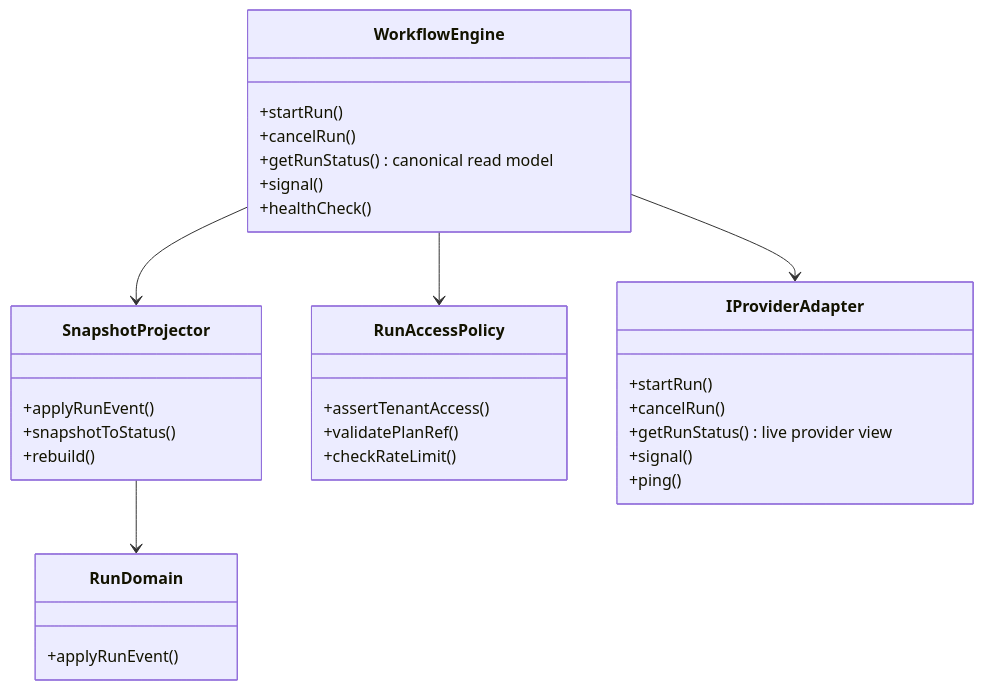
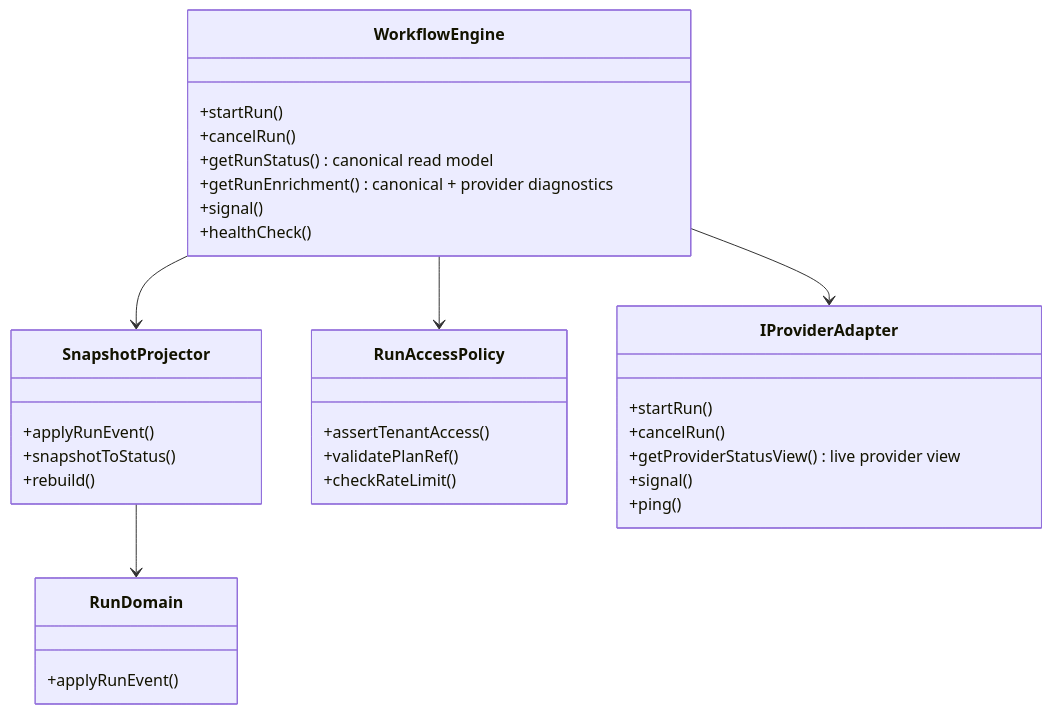
The second of 4 diagrams in docs/architecture/system-delivery-status.md (dunay2/dvt), drawn with Mermaid before and after one commit. The commit also changed other lines of this file and 43 other files, not shown here.

Commit message:
refactor(engine): Split canonical and provider run status models

````diff
--- a/docs/architecture/system-delivery-status.md
+++ b/docs/architecture/system-delivery-status.md
@@ -208,34 +209,35 @@
 ```mermaid
 classDiagram
     class WorkflowEngine {
         +startRun()
         +cancelRun()
         +getRunStatus() canonical read model
+        +getRunEnrichment() canonical + provider diagnostics
         +signal()
         +healthCheck()
     }
     class SnapshotProjector {
         +applyRunEvent()
         +snapshotToStatus()
         +rebuild()
     }
     class RunAccessPolicy {
         +assertTenantAccess()
         +validatePlanRef()
         +checkRateLimit()
     }
     class IProviderAdapter {
         +startRun()
         +cancelRun()
-        +getRunStatus() live provider view
+        +getProviderStatusView() live provider view
         +signal()
         +ping()
     }
     class RunDomain {
         +applyRunEvent()
     }
     WorkflowEngine --> SnapshotProjector
     WorkflowEngine --> RunAccessPolicy
     WorkflowEngine --> IProviderAdapter
     SnapshotProjector --> RunDomain
 ```
````
